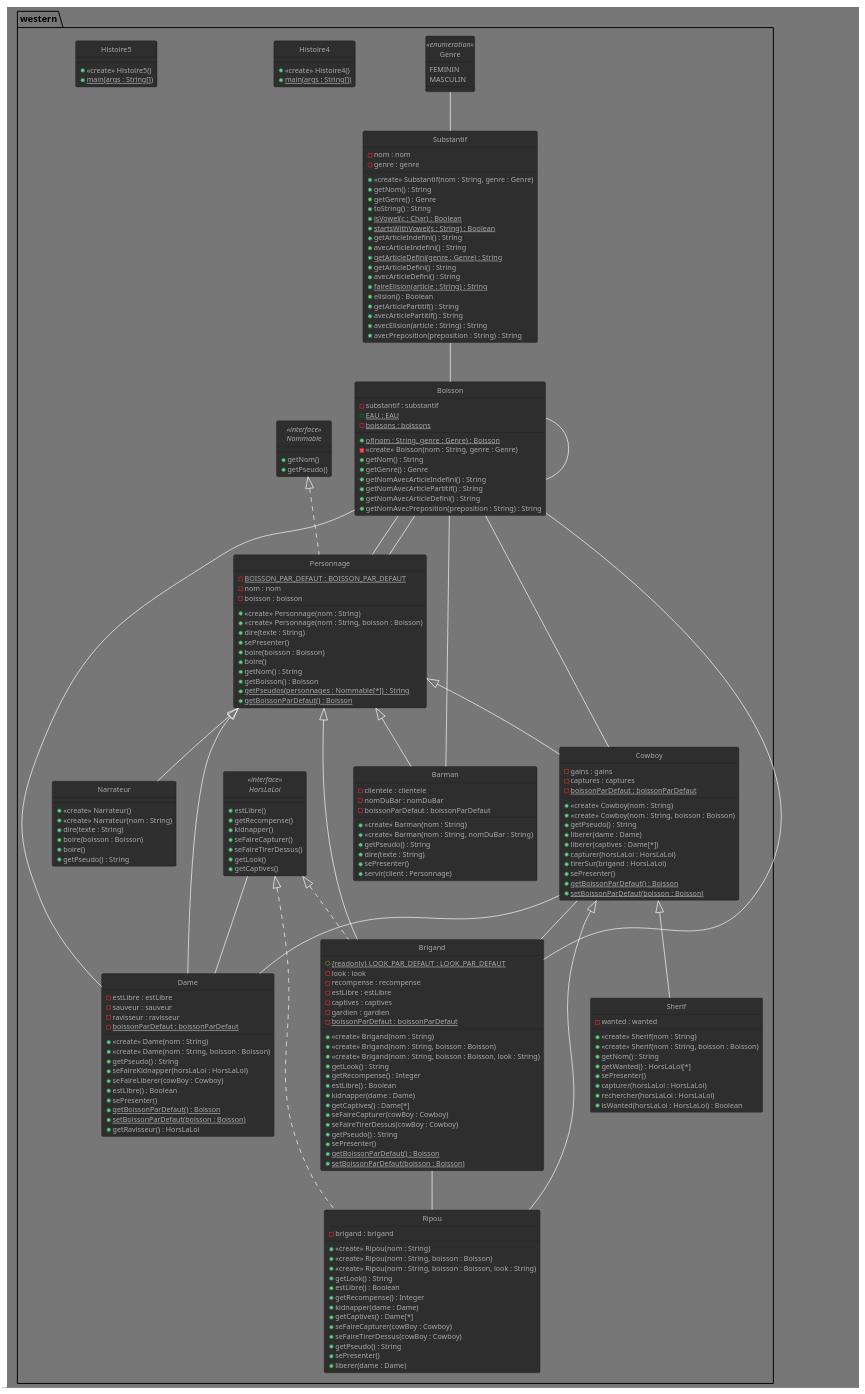
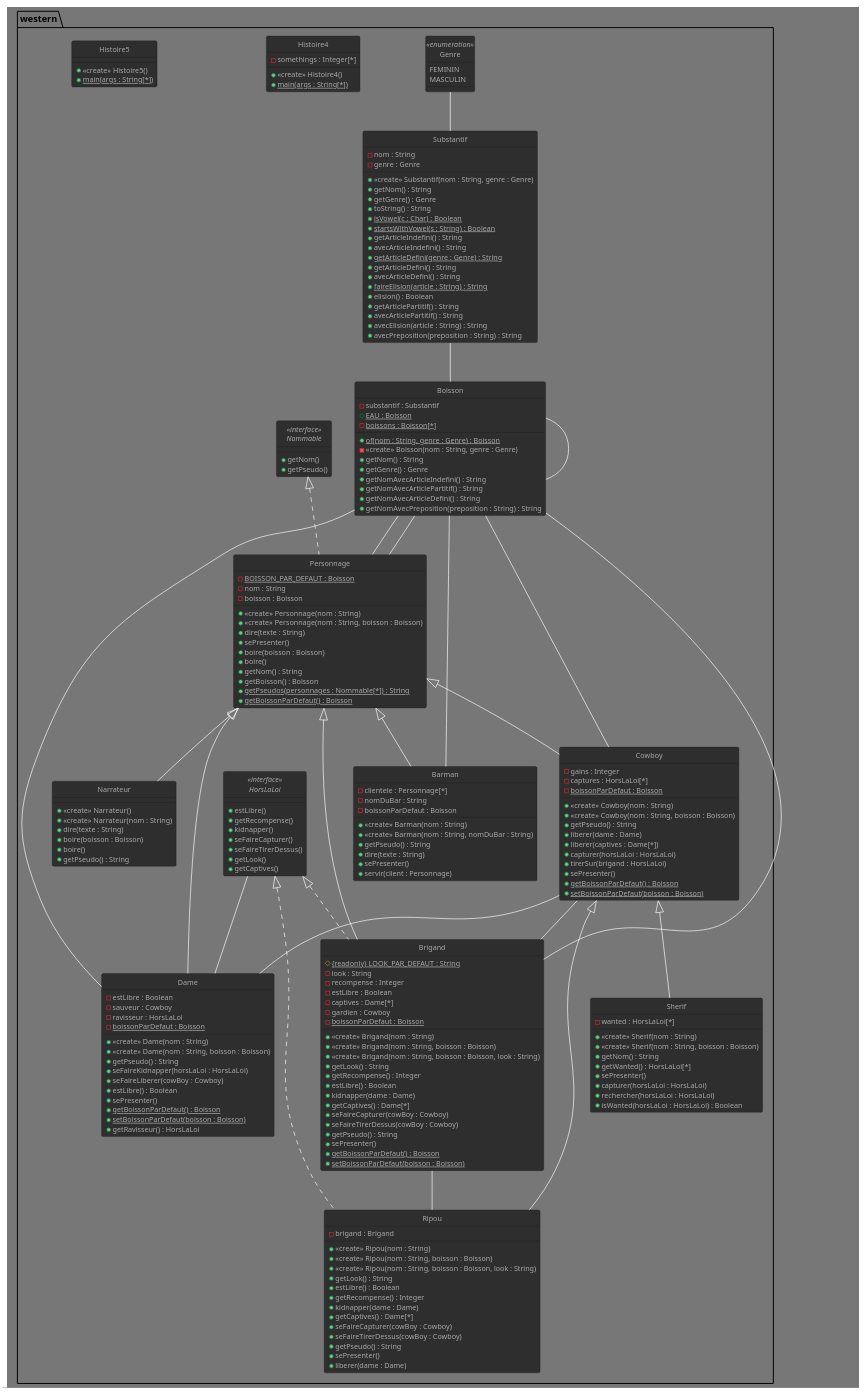
One commit to GlazKrovi/JavaToPlantUML changed the diagram in generates/pumls/DCC_western.puml. Above: the diagram before and after it, drawn with PlantUML. The commit also changed 3 other files, not shown here.

```diff
--- a/generates/pumls/DCC_western.puml
+++ b/generates/pumls/DCC_western.puml
@@ -4,9 +4,9 @@
 
 package western {
 class Barman extends western.Personnage {
--clientele : clientele
--nomDuBar : nomDuBar
--boissonParDefaut : boissonParDefaut
+-clientele : Personnage[*]
+-nomDuBar : String
+-boissonParDefaut : Boisson
 + <<create>> Barman(nom : String)
 + <<create>> Barman(nom : String, nomDuBar : String)
 +getPseudo() : String
@@ -16,9 +16,9 @@
 
 }
 class Boisson {
--substantif : substantif
-+ {static} EAU : EAU
-- {static} boissons : boissons
+-substantif : Substantif
++ {static} EAU : Boisson
+- {static} boissons : Boisson[*]
 + {static} of(nom : String, genre : Genre) : Boisson
 - <<create>> Boisson(nom : String, genre : Genre)
 +getNom() : String
@@ -30,12 +30,12 @@
 
 }
 class Brigand extends western.Personnage implements western.HorsLaLoi {
-# {static}  {readonly} LOOK_PAR_DEFAUT : LOOK_PAR_DEFAUT
--look : look
--recompense : recompense
--estLibre : estLibre
--captives : captives
--gardien : gardien
+# {static}  {readonly} LOOK_PAR_DEFAUT : String
+-look : String
+-recompense : Integer
+-estLibre : Boolean
+-captives : Dame[*]
+-gardien : Cowboy
 + <<create>> Brigand(nom : String)
 + <<create>> Brigand(nom : String, boisson : Boisson)
 + <<create>> Brigand(nom : String, boisson : Boisson, look : String)
@@ -48,14 +48,14 @@
 +seFaireTirerDessus(cowBoy : Cowboy)
 +getPseudo() : String
 +sePresenter()
-- {static} boissonParDefaut : boissonParDefaut
+- {static} boissonParDefaut : Boisson
 + {static} getBoissonParDefaut() : Boisson
 + {static} setBoissonParDefaut(boisson : Boisson)
 
 }
 class Cowboy extends western.Personnage {
--gains : gains
--captures : captures
+-gains : Integer
+-captures : HorsLaLoi[*]
 + <<create>> Cowboy(nom : String)
 + <<create>> Cowboy(nom : String, boisson : Boisson)
 +getPseudo() : String
@@ -64,15 +64,15 @@
 +capturer(horsLaLoi : HorsLaLoi)
 +tirerSur(brigand : HorsLaLoi)
 +sePresenter()
-- {static} boissonParDefaut : boissonParDefaut
+- {static} boissonParDefaut : Boisson
 + {static} getBoissonParDefaut() : Boisson
 + {static} setBoissonParDefaut(boisson : Boisson)
 
 }
 class Dame extends western.Personnage {
--estLibre : estLibre
--sauveur : sauveur
--ravisseur : ravisseur
+-estLibre : Boolean
+-sauveur : Cowboy
+-ravisseur : HorsLaLoi
 + <<create>> Dame(nom : String)
 + <<create>> Dame(nom : String, boisson : Boisson)
 +getPseudo() : String
@@ -80,7 +80,7 @@
 +seFaireLiberer(cowBoy : Cowboy)
 +estLibre() : Boolean
 +sePresenter()
-- {static} boissonParDefaut : boissonParDefaut
+- {static} boissonParDefaut : Boisson
 + {static} getBoissonParDefaut() : Boisson
 + {static} setBoissonParDefaut(boisson : Boisson)
 +getRavisseur() : HorsLaLoi
@@ -93,12 +93,13 @@
 }
 class Histoire4 {
 + <<create>> Histoire4()
-+ {static} main(args : String[])
+-somethings : Integer[*]
++ {static} main(args : String[*])
 
 }
 class Histoire5 {
 + <<create>> Histoire5()
-+ {static} main(args : String[])
++ {static} main(args : String[*])
 
 }
 interface HorsLaLoi <<interface>> {
@@ -126,9 +127,9 @@
 
 }
 class Personnage implements western.Nommable {
-- {static} BOISSON_PAR_DEFAUT : BOISSON_PAR_DEFAUT
--nom : nom
--boisson : boisson
+- {static} BOISSON_PAR_DEFAUT : Boisson
+-nom : String
+-boisson : Boisson
 + <<create>> Personnage(nom : String)
 + <<create>> Personnage(nom : String, boisson : Boisson)
 +dire(texte : String)
@@ -142,7 +143,7 @@
 
 }
 class Ripou extends western.Cowboy implements western.HorsLaLoi {
--brigand : brigand
+-brigand : Brigand
 + <<create>> Ripou(nom : String)
 + <<create>> Ripou(nom : String, boisson : Boisson)
 + <<create>> Ripou(nom : String, boisson : Boisson, look : String)
@@ -159,7 +160,7 @@
 
 }
 class Sherif extends western.Cowboy {
--wanted : wanted
+-wanted : HorsLaLoi[*]
 + <<create>> Sherif(nom : String)
 + <<create>> Sherif(nom : String, boisson : Boisson)
 +getNom() : String
@@ -171,8 +172,8 @@
 
 }
 class Substantif {
--nom : nom
--genre : genre
+-nom : String
+-genre : Genre
 + <<create>> Substantif(nom : String, genre : Genre)
 +getNom() : String
 +getGenre() : Genre
```
